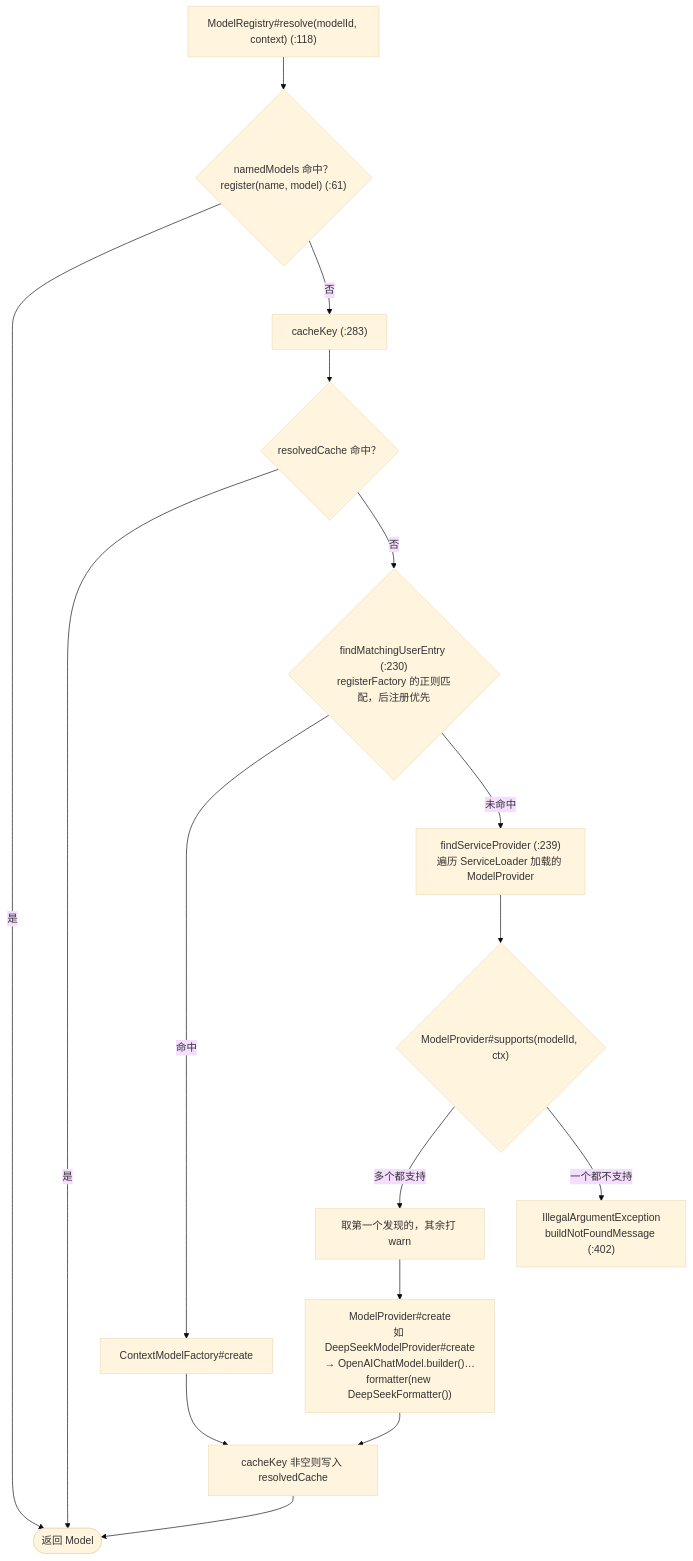
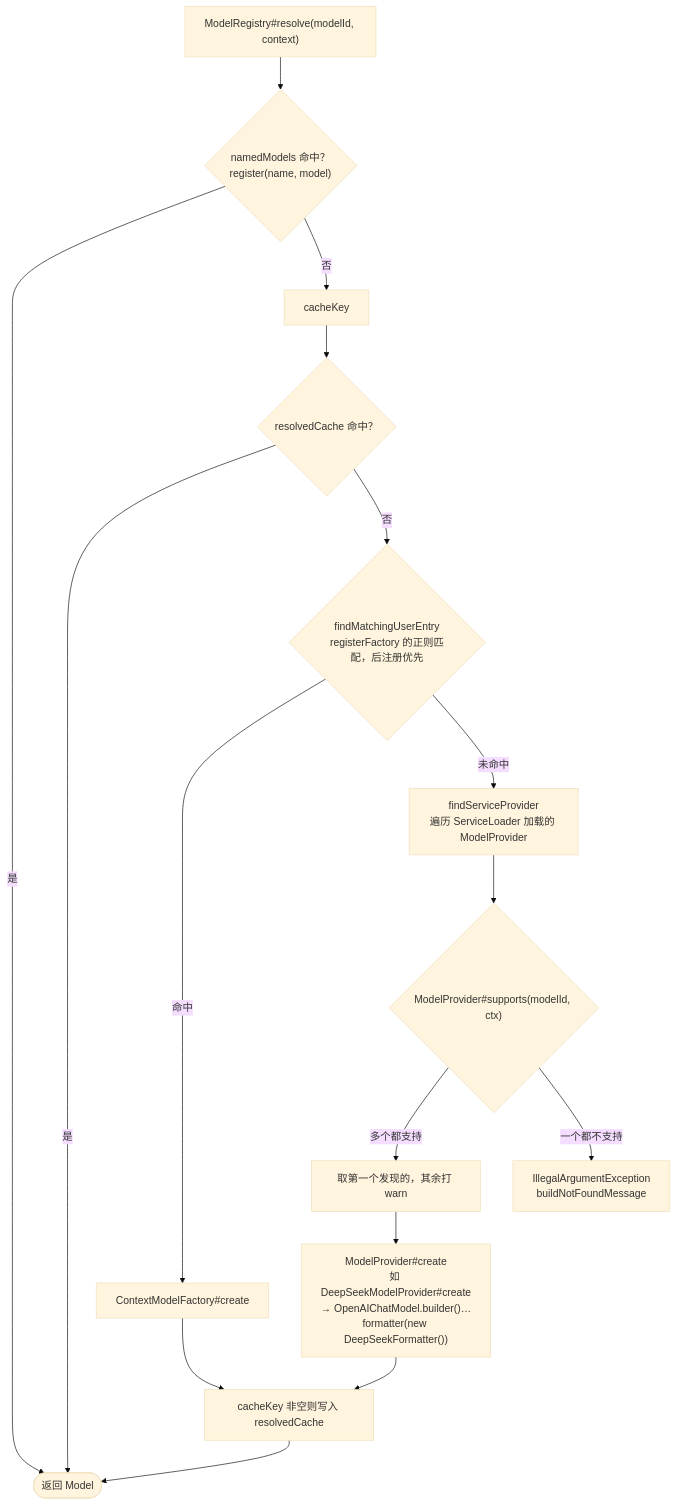
One commit to liulangjietou/AgentScope-source-analysis changed the third of 4 diagrams in 05-模型层.md. Above: the diagram before and after it, drawn with Mermaid (base theme). The commit also changed other lines of this file and 13 other files, not shown here.

Commit message:
docs: align source guide and diagrams with main dcb131a3

````diff
--- a/05-模型层.md
+++ b/05-模型层.md
@@ -183,18 +187,18 @@
 ```mermaid
 flowchart TB
-    R["ModelRegistry#resolve(modelId, context) (:118)"] --> N{"namedModels 命中？<br/>register(name, model) (:61)"}
+    R["ModelRegistry#resolve(modelId, context)"] --> N{"namedModels 命中？<br/>register(name, model)"}
     N -->|"是"| RET(["返回 Model"])
-    N -->|"否"| CK["cacheKey (:283)"]
+    N -->|"否"| CK["cacheKey"]
     CK --> CACHE{"resolvedCache 命中？"}
     CACHE -->|"是"| RET
-    CACHE -->|"否"| UF{"findMatchingUserEntry (:230)<br/>registerFactory 的正则匹配，后注册优先"}
+    CACHE -->|"否"| UF{"findMatchingUserEntry<br/>registerFactory 的正则匹配，后注册优先"}
     UF -->|"命中"| FC["ContextModelFactory#create"]
-    UF -->|"未命中"| SP["findServiceProvider (:239)<br/>遍历 ServiceLoader 加载的 ModelProvider"]
+    UF -->|"未命中"| SP["findServiceProvider<br/>遍历 ServiceLoader 加载的 ModelProvider"]
     SP --> SUP{"ModelProvider#supports(modelId, ctx)"}
     SUP -->|"多个都支持"| FIRST["取第一个发现的，其余打 warn"]
-    SUP -->|"一个都不支持"| NF["IllegalArgumentException<br/>buildNotFoundMessage (:402)"]
+    SUP -->|"一个都不支持"| NF["IllegalArgumentException<br/>buildNotFoundMessage"]
     FIRST --> PC["ModelProvider#create<br/>如 DeepSeekModelProvider#create<br/>→ OpenAIChatModel.builder()…formatter(new DeepSeekFormatter())"]
     FC --> PUT["cacheKey 非空则写入 resolvedCache"]
     PC --> PUT
     PUT --> RET
 ```
````
